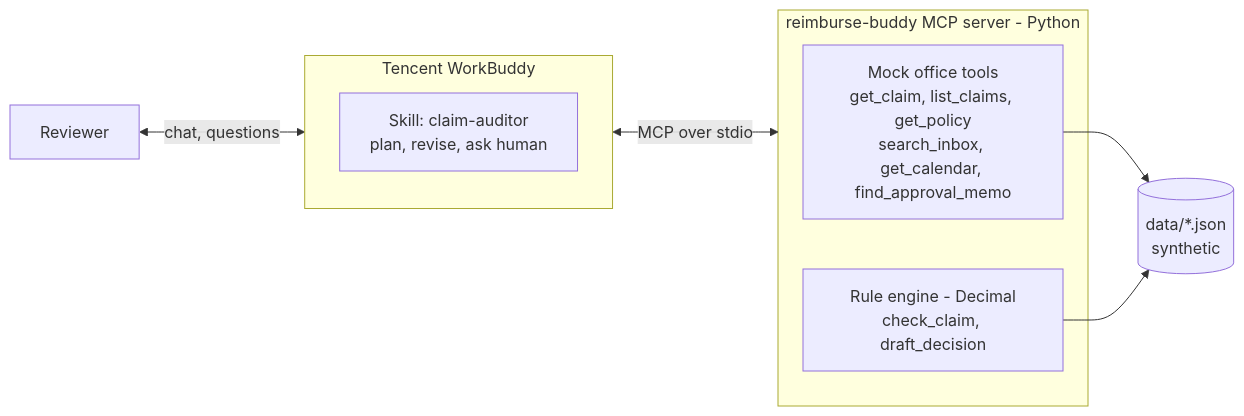
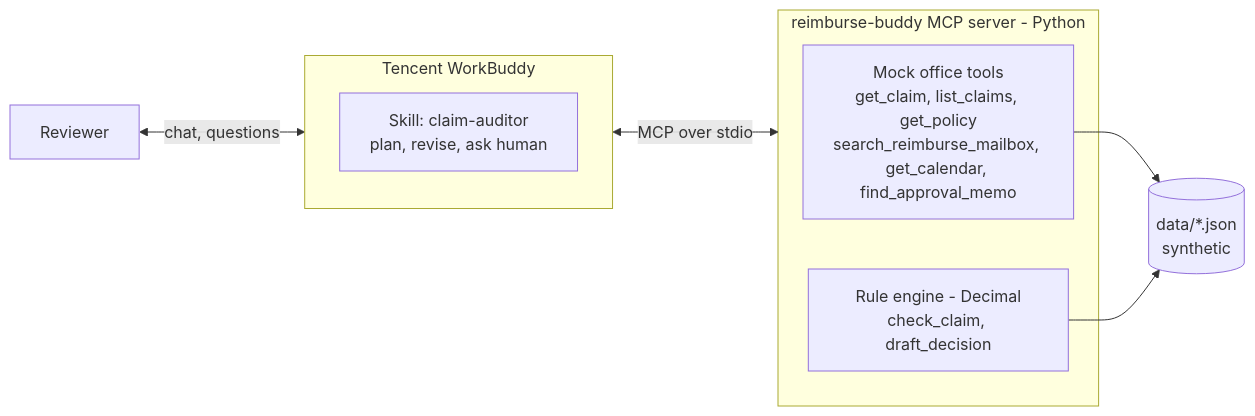
The diagram in README.md (imam-db/reimburse-buddy), drawn with Mermaid before and after one commit. The commit also changed other lines of this file and 12 other files, not shown here.

Commit message:
Reviewer-confirmed bulk approval, shared reimburse mailbox, factual late-checkout gap

````diff
--- a/README.md
+++ b/README.md
@@ -15,14 +15,14 @@
 ```mermaid
 flowchart LR
     U[Reviewer] <-->|chat, questions| WB
     subgraph WB[Tencent WorkBuddy]
         S[Skill: claim-auditor<br/>plan, revise, ask human]
     end
     WB <-->|MCP over stdio| M
     subgraph M[reimburse-buddy MCP server - Python]
-        T[Mock office tools<br/>get_claim, list_claims, get_policy<br/>search_inbox, get_calendar, find_approval_memo]
+        T[Mock office tools<br/>get_claim, list_claims, get_policy<br/>search_reimburse_mailbox, get_calendar, find_approval_memo]
         R[Rule engine - Decimal<br/>check_claim, draft_decision]
     end
     T --> D[(data/*.json<br/>synthetic)]
     R --> D
 ```
````
